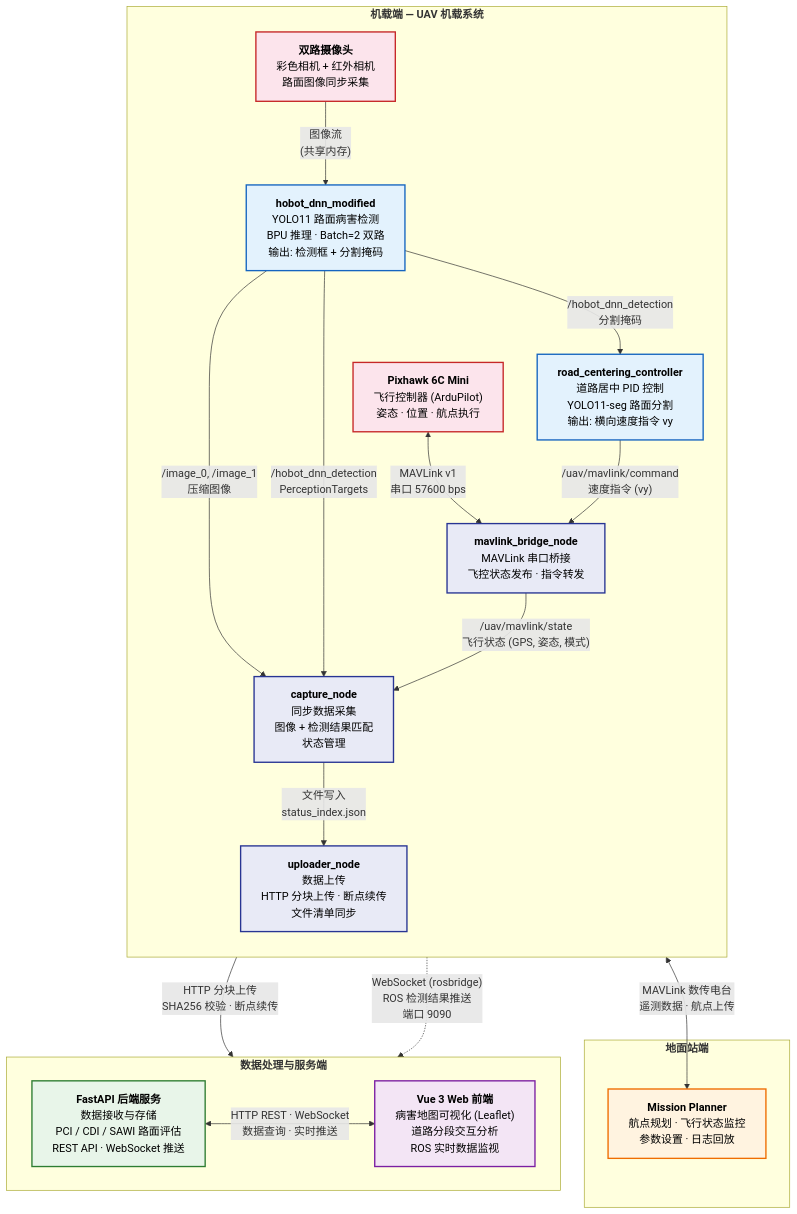
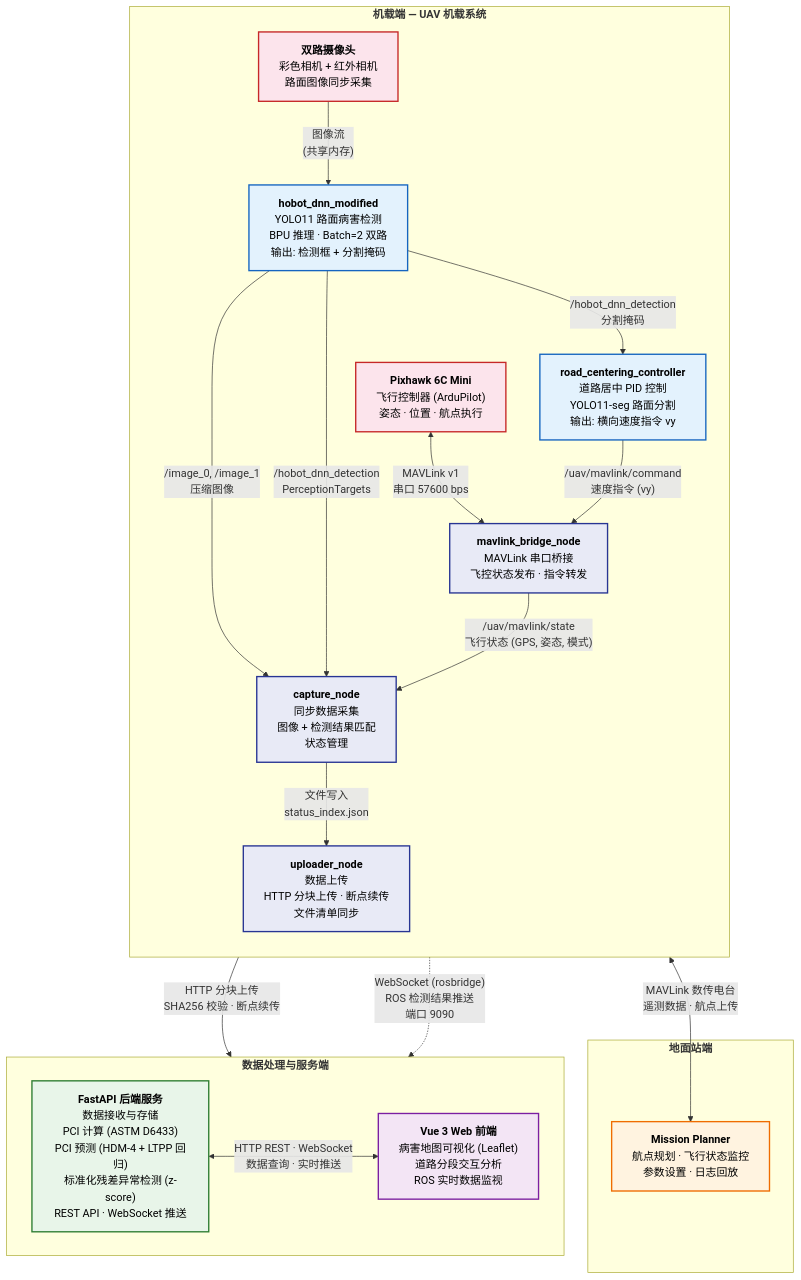
Before and after one commit to LanRuoyi/Road_Inspection_System: the diagram in 系统框图.md, drawn with Mermaid. The commit also changed 5 other files, not shown here.

````diff
--- a/系统框图.md
+++ b/系统框图.md
@@ -3,64 +3,64 @@
 ```mermaid
 flowchart TB
     %% ===== 样式定义 =====
     classDef hw fill:#fce4ec,stroke:#c62828,stroke-width:2px,color:#000
     classDef algo fill:#e3f2fd,stroke:#1565c0,stroke-width:2px,color:#000
     classDef mission fill:#e8eaf6,stroke:#283593,stroke-width:2px,color:#000
     classDef gcs fill:#fff3e0,stroke:#ef6c00,stroke-width:2px,color:#000
     classDef server fill:#e8f5e9,stroke:#2e7d32,stroke-width:2px,color:#000
     classDef frontend fill:#f3e5f5,stroke:#7b1fa2,stroke-width:2px,color:#000
 
     %% ==================== 机载端 ====================
     subgraph UAV["<b>机载端 — UAV 机载系统</b>"]
         direction TB
 
         FC["<b>Pixhawk 6C Mini</b><br/>飞行控制器 (ArduPilot)<br/>姿态 · 位置 · 航点执行"]:::hw
 
         CAM["<b>双路摄像头</b><br/>彩色相机 + 红外相机<br/>路面图像同步采集"]:::hw
 
         DNN["<b>hobot_dnn_modified</b><br/>YOLO11 路面病害检测<br/>BPU 推理 · Batch=2 双路<br/>输出: 检测框 + 分割掩码"]:::algo
 
         CTRL["<b>road_centering_controller</b><br/>道路居中 PID 控制<br/>YOLO11-seg 路面分割<br/>输出: 横向速度指令 vy"]:::algo
 
         BRIDGE["<b>mavlink_bridge_node</b><br/>MAVLink 串口桥接<br/>飞控状态发布 · 指令转发"]:::mission
 
         CAPTURE["<b>capture_node</b><br/>同步数据采集<br/>图像 + 检测结果匹配<br/>状态管理"]:::mission
 
         UPLOAD["<b>uploader_node</b><br/>数据上传<br/>HTTP 分块上传 · 断点续传<br/>文件清单同步"]:::mission
     end
 
     %% ==================== 地面站端 ====================
     subgraph GCS["<b>地面站端</b>"]
         MP["<b>Mission Planner</b><br/>航点规划 · 飞行状态监控<br/>参数设置 · 日志回放"]:::gcs
     end
 
     %% ==================== 数据处理与服务端 ====================
     subgraph SERVER["<b>数据处理与服务端</b>"]
         direction LR
-        BACKEND["<b>FastAPI 后端服务</b><br/>数据接收与存储<br/>PCI / CDI / SAWI 路面评估<br/>REST API · WebSocket 推送"]:::server
+        BACKEND["<b>FastAPI 后端服务</b><br/>数据接收与存储<br/>PCI 计算 (ASTM D6433)<br/>PCI 预测 (HDM-4 + LTPP 回归)<br/>标准化残差异常检测 (z-score)<br/>REST API · WebSocket 推送"]:::server
         FRONTEND["<b>Vue 3 Web 前端</b><br/>病害地图可视化 (Leaflet)<br/>道路分段交互分析<br/>ROS 实时数据监视"]:::frontend
     end
 
     %% ==================== 机载端内部连线 ====================
     CAM -->|"图像流<br/>(共享内存)"| DNN
 
     DNN -->|"/image_0, /image_1<br/>压缩图像"| CAPTURE
     DNN -->|"/hobot_dnn_detection<br/>PerceptionTargets"| CAPTURE
     DNN -->|"/hobot_dnn_detection<br/>分割掩码"| CTRL
 
     FC <-->|"MAVLink v1<br/>串口 57600 bps"| BRIDGE
 
     BRIDGE -->|"/uav/mavlink/state<br/>飞行状态 (GPS, 姿态, 模式)"| CAPTURE
     CTRL -->|"/uav/mavlink/command<br/>速度指令 (vy)"| BRIDGE
 
     CAPTURE -->|"文件写入<br/>status_index.json"| UPLOAD
 
     %% ==================== 跨层连线 ====================
     UPLOAD -->|"HTTP 分块上传<br/>SHA256 校验 · 断点续传"| BACKEND
 
     FC <-->|"MAVLink 数传电台<br/>遥测数据 · 航点上传"| MP
 
     BACKEND <-->|"HTTP REST · WebSocket<br/>数据查询 · 实时推送"| FRONTEND
 
     DNN -.->|"WebSocket (rosbridge)<br/>ROS 检测结果推送<br/>端口 9090"| BACKEND
 ```
````
